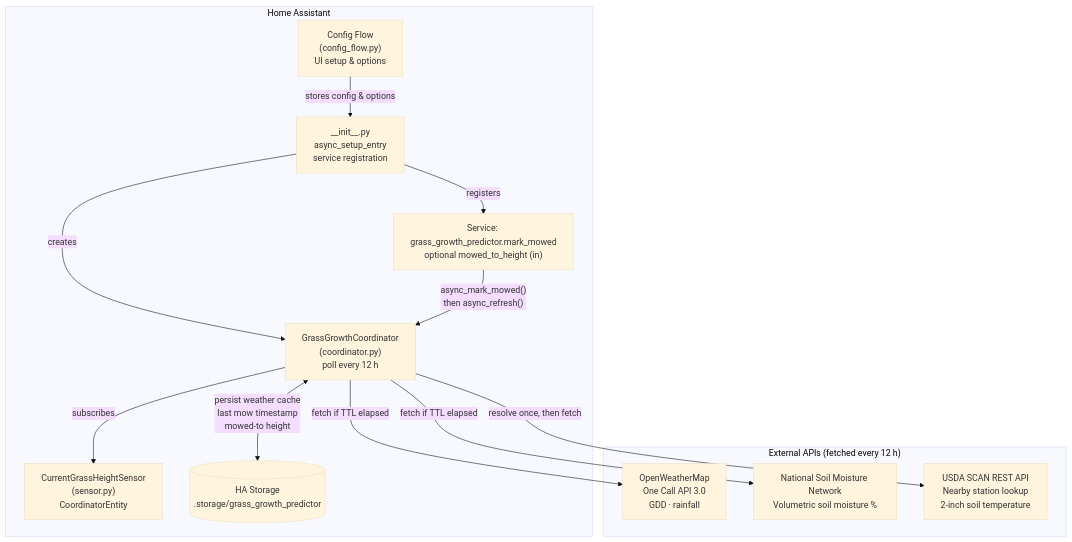
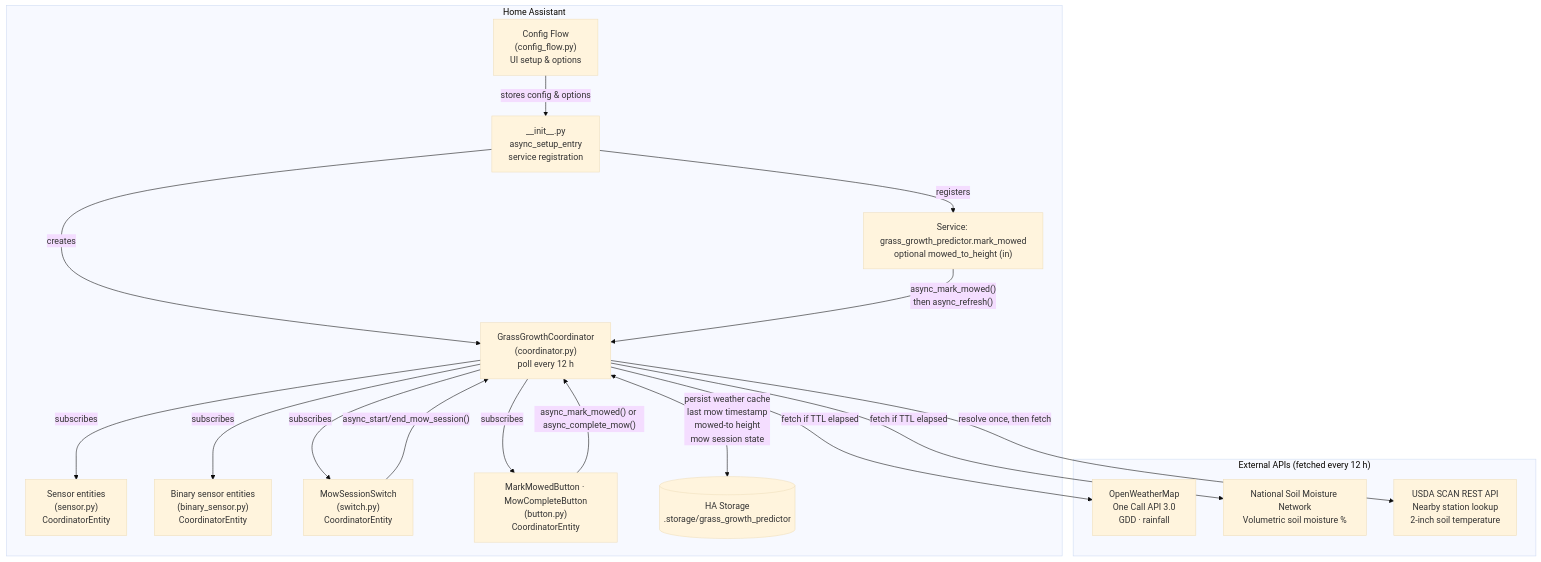
One commit to seanmahrt/hacs_grass_estimator changed the first of 3 diagrams in ARCHITECTURE.md. Above: the diagram before and after it, drawn with Mermaid (base theme). The commit also changed other lines of this file and 12 other files, not shown here.

````diff
--- a/ARCHITECTURE.md
+++ b/ARCHITECTURE.md
@@ -30,27 +53,35 @@
 ```mermaid
 flowchart TD
     subgraph HA["Home Assistant"]
         CF["Config Flow\n(config_flow.py)\nUI setup & options"]
         INIT["__init__.py\nasync_setup_entry\nservice registration"]
         COORD["GrassGrowthCoordinator\n(coordinator.py)\npoll every 12 h"]
-        SENSOR["CurrentGrassHeightSensor\n(sensor.py)\nCoordinatorEntity"]
+        SENSOR["Sensor entities\n(sensor.py)\nCoordinatorEntity"]
+        BSENSOR["Binary sensor entities\n(binary_sensor.py)\nCoordinatorEntity"]
+        SWITCH["MowSessionSwitch\n(switch.py)\nCoordinatorEntity"]
+        BUTTON["MarkMowedButton · MowCompleteButton\n(button.py)\nCoordinatorEntity"]
         STORE[("HA Storage\n.storage/grass_growth_predictor")]
         SVC["Service: grass_growth_predictor.mark_mowed\noptional mowed_to_height (in)"]
     end
 
     subgraph EXTERNAL["External APIs (fetched every 12 h)"]
         OWM["OpenWeatherMap\nOne Call API 3.0\nGDD · rainfall"]
         NSM["National Soil Moisture Network\nVolumetric soil moisture %"]
         SCAN["USDA SCAN REST API\nNearby station lookup\n2-inch soil temperature"]
     end
 
     CF -->|"stores config & options"| INIT
     INIT -->|"creates"| COORD
     INIT -->|"registers"| SVC
     COORD -->|"subscribes"| SENSOR
-    COORD <-->|"persist weather cache\nlast mow timestamp\nmowed-to height"| STORE
+    COORD -->|"subscribes"| BSENSOR
+    COORD -->|"subscribes"| SWITCH
+    COORD -->|"subscribes"| BUTTON
+    COORD <-->|"persist weather cache\nlast mow timestamp\nmowed-to height\nmow session state"| STORE
     COORD -->|"fetch if TTL elapsed"| OWM
     COORD -->|"fetch if TTL elapsed"| NSM
     COORD -->|"resolve once, then fetch"| SCAN
     SVC -->|"async_mark_mowed()\nthen async_refresh()"| COORD
+    SWITCH -->|"async_start/end_mow_session()"| COORD
+    BUTTON -->|"async_mark_mowed() or async_complete_mow()"| COORD
 ```
````
